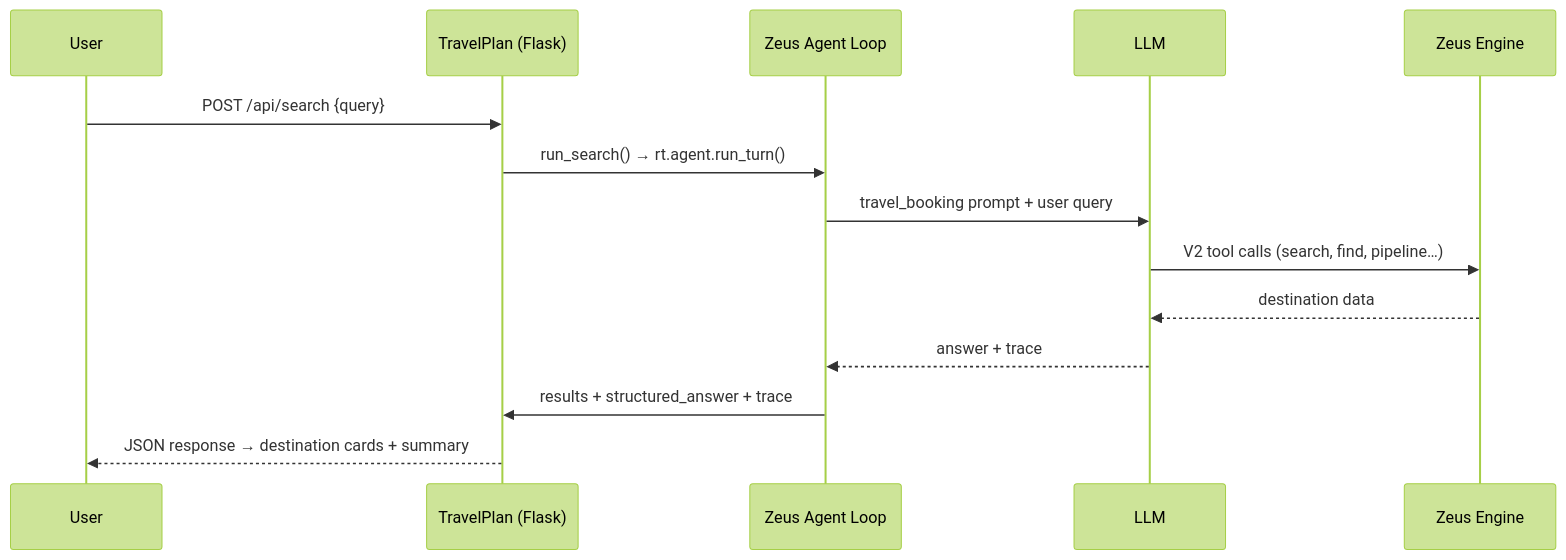
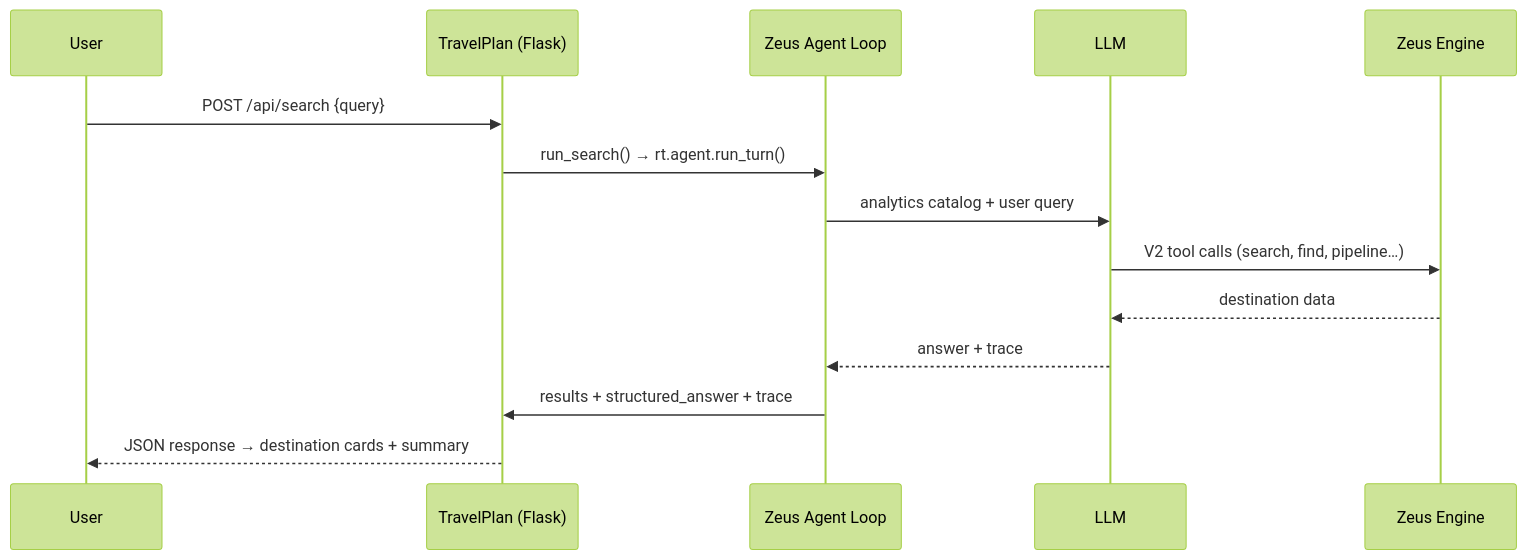
Before and after one commit to koten-ai/demo_travel_sample: the diagram in README.md, drawn with Mermaid (forest theme). The commit also changed other lines of this file and 10 other files, not shown here.

First line of the commit message:
Boot against Zeus 0.7.x with analytics base-6.1 catalog.

````diff
--- a/README.md
+++ b/README.md
@@ -20,17 +20,17 @@
 ```mermaid
 sequenceDiagram
     participant User
     participant Flask as TravelPlan (Flask)
     participant Agent as Zeus Agent Loop
     participant LLM
     participant Zeus as Zeus Engine
 
     User->>Flask: POST /api/search {query}
     Flask->>Agent: run_search() → rt.agent.run_turn()
-    Agent->>LLM: travel_booking prompt + user query
+    Agent->>LLM: analytics catalog + user query
     LLM->>Zeus: V2 tool calls (search, find, pipeline…)
     Zeus-->>LLM: destination data
     LLM-->>Agent: answer + trace
     Agent->>Flask: results + structured_answer + trace
     Flask-->>User: JSON response → destination cards + summary
 ```
````
